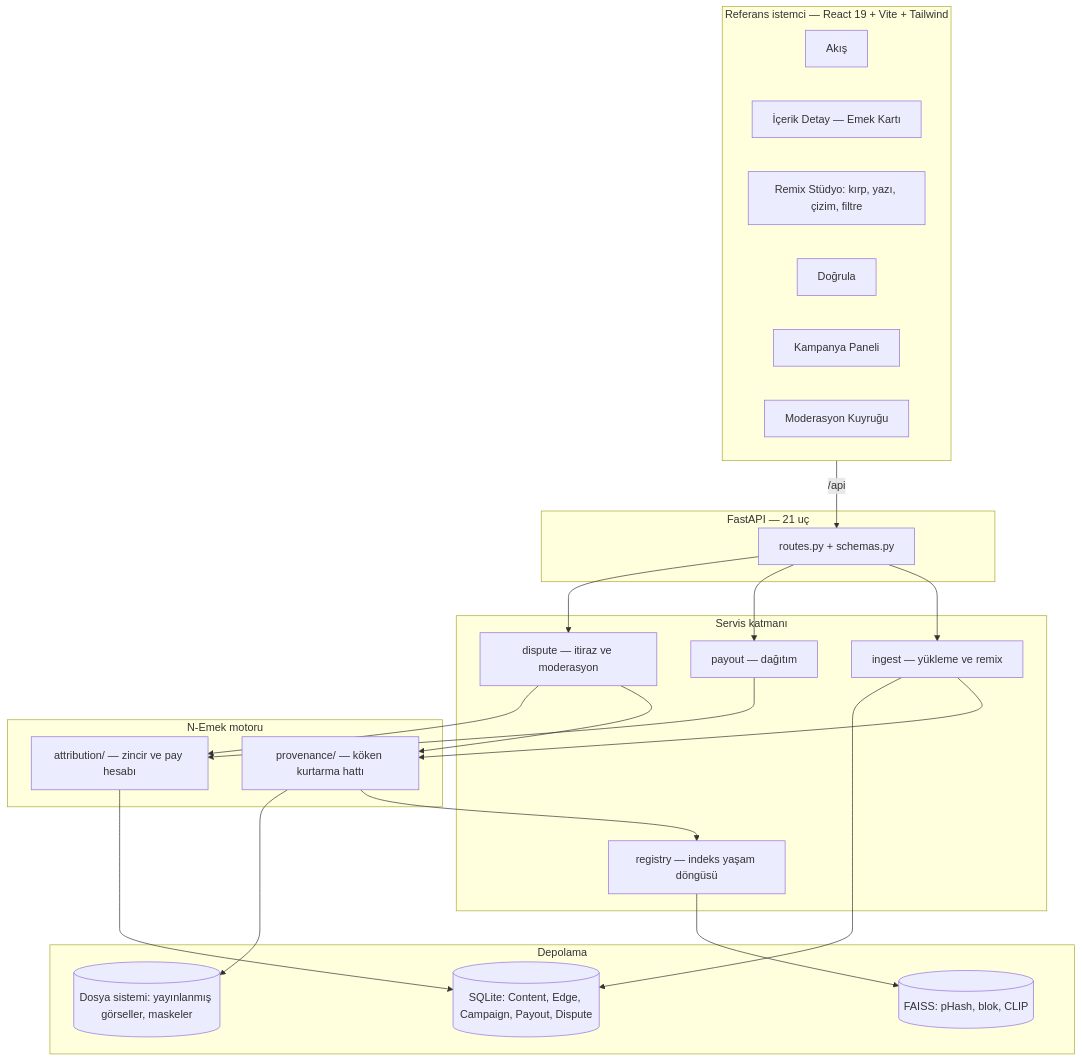
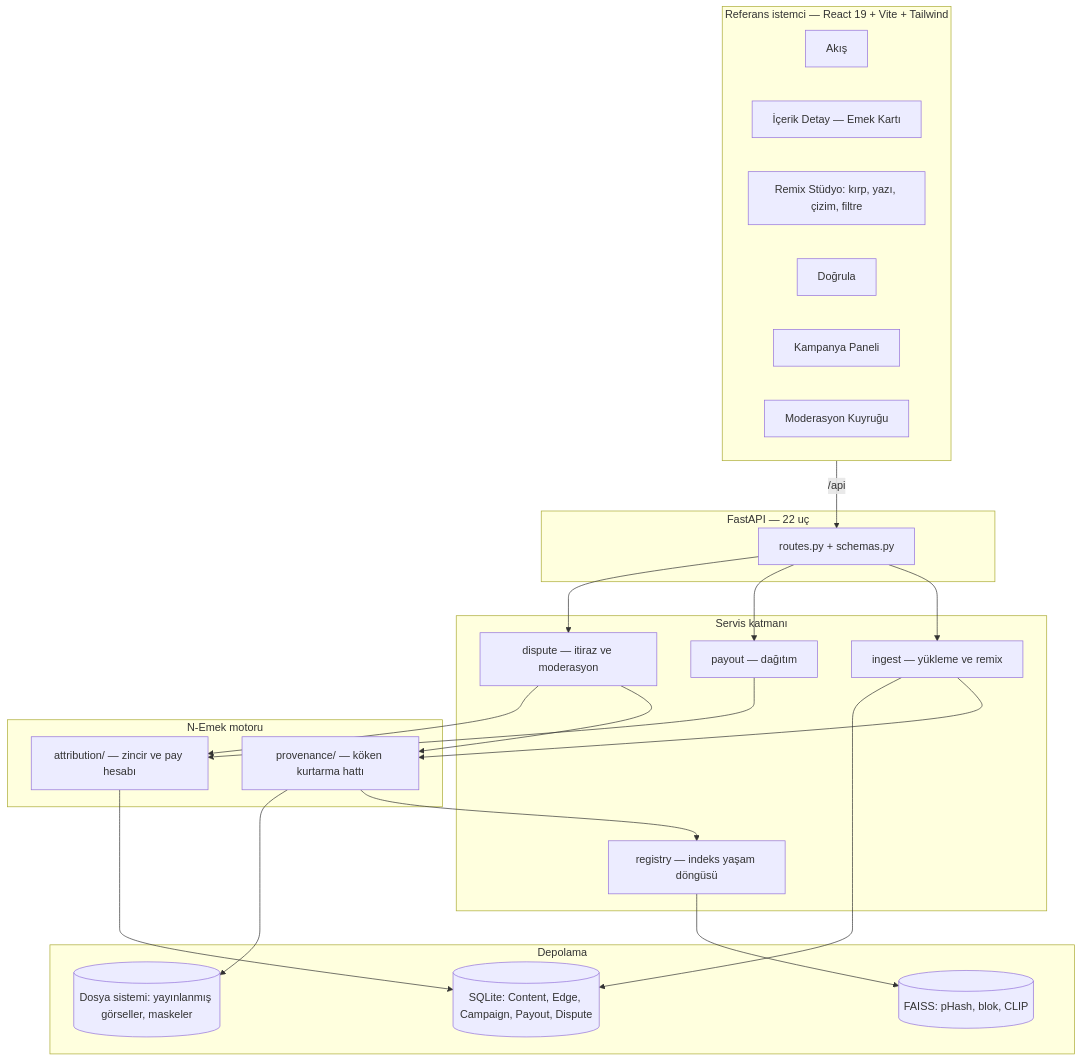
The first of 8 diagrams in docs/MIMARI.md (hamzabdk36-cyber/N-Emek), drawn with Mermaid before and after one commit. The commit also changed 26 other files, not shown here.

````diff
--- a/docs/MIMARI.md
+++ b/docs/MIMARI.md
@@ -13,44 +13,45 @@
 ```mermaid
 flowchart TB
     subgraph istemci["Referans istemci — React 19 + Vite + Tailwind"]
         akis["Akış"]
         detay["İçerik Detay — Emek Kartı"]
         studyo["Remix Stüdyo: kırp, yazı, çizim, filtre"]
         dogrula["Doğrula"]
         kampanya["Kampanya Paneli"]
         moderasyon["Moderasyon Kuyruğu"]
     end
 
-    subgraph api["FastAPI — 21 uç"]
+    subgraph api["FastAPI — 22 uç"]
+        %% sayim: uc
         rest["routes.py + schemas.py"]
     end
 
     subgraph servis["Servis katmanı"]
         ingest["ingest — yükleme ve remix"]
         payoutsvc["payout — dağıtım"]
         disputesvc["dispute — itiraz ve moderasyon"]
         registry["registry — indeks yaşam döngüsü"]
     end
 
     subgraph motor["N-Emek motoru"]
         prov["provenance/ — köken kurtarma hattı"]
         attr["attribution/ — zincir ve pay hesabı"]
     end
 
     subgraph depo["Depolama"]
         db[("SQLite: Content, Edge, Campaign, Payout, Dispute")]
         faiss[("FAISS: pHash, blok, CLIP")]
         disk[("Dosya sistemi: yayınlanmış görseller, maskeler")]
     end
 
     istemci -->|"/api"| rest
     rest --> ingest & payoutsvc & disputesvc
     ingest --> prov
     payoutsvc --> attr
     disputesvc --> prov & attr
     registry --> faiss
     prov --> registry
     prov --> disk
     attr --> db
     ingest --> db
 ```
````
